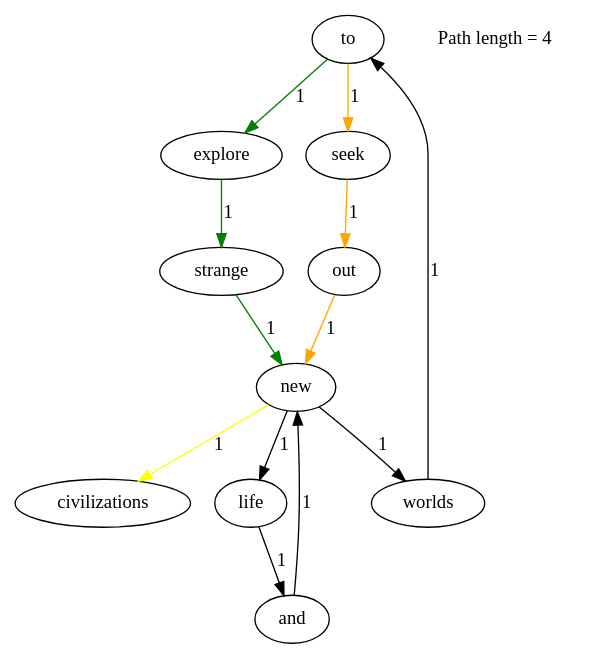
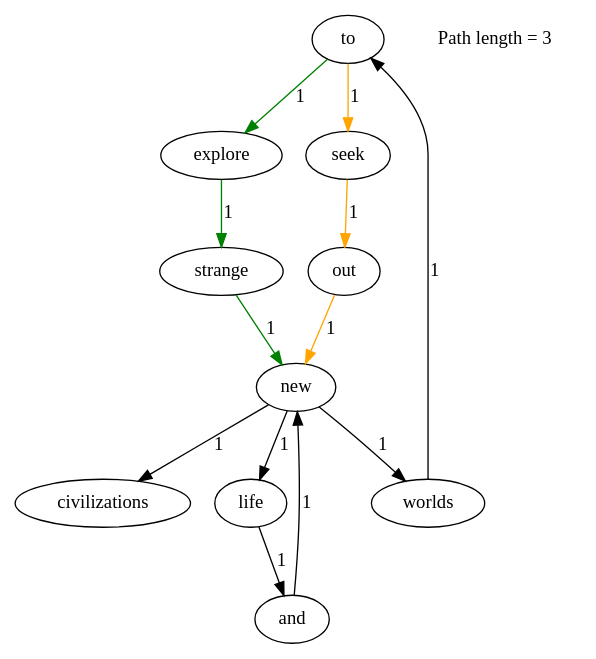
The diagram in out/text/shortest_path.dot (vic-yichen/Lab1-2021110640), drawn with Graphviz before and after one commit. The commit also changed 7 other files, not shown here.

```diff
--- a/out/text/shortest_path.dot
+++ b/out/text/shortest_path.dot
@@ -1,16 +1,16 @@
 digraph G {
     "to" [root=true];
     "new" -> "worlds" [label="1"];
-    "new" -> "civilizations" [label="1", color="yellow"];
+    "new" -> "civilizations" [label="1"];
     "new" -> "life" [label="1"];
     "worlds" -> "to" [label="1"];
     "explore" -> "strange" [label="1", color="green"];
     "and" -> "new" [label="1"];
     "to" -> "explore" [label="1", color="green"];
     "to" -> "seek" [label="1", color="orange"];
     "seek" -> "out" [label="1", color="orange"];
     "strange" -> "new" [label="1", color="green"];
     "life" -> "and" [label="1"];
     "out" -> "new" [label="1", color="orange"];
-    "Path length = 4" [label="Path length = 4", color="black", shape=none];
+    "Path length = 3" [label="Path length = 3", color="black", shape=none];
 }
```
